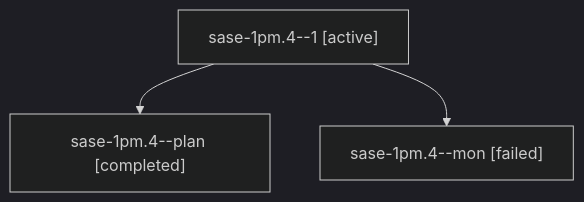
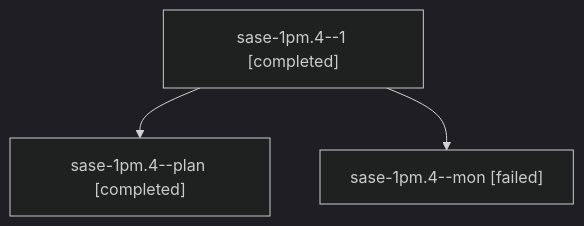
The diagram in sessions/bbugyi200.athena.sase-1pm.4.md (sase-org/sase--agents), drawn with Mermaid (dark theme) before and after one commit. The commit also changed other lines of this file and 1264 other files, not shown here.

````diff
--- a/sessions/bbugyi200.athena.sase-1pm.4.md
+++ b/sessions/bbugyi200.athena.sase-1pm.4.md
@@ -9,8 +9,8 @@
 ```mermaid
 flowchart TD
-  n0["sase-1pm.4--1 [active]"]
+  n0["sase-1pm.4--1 [completed]"]
   n1["sase-1pm.4--plan [completed]"]
   n0 --> n1
   n2["sase-1pm.4--mon [failed]"]
   n0 --> n2
 ```
````
